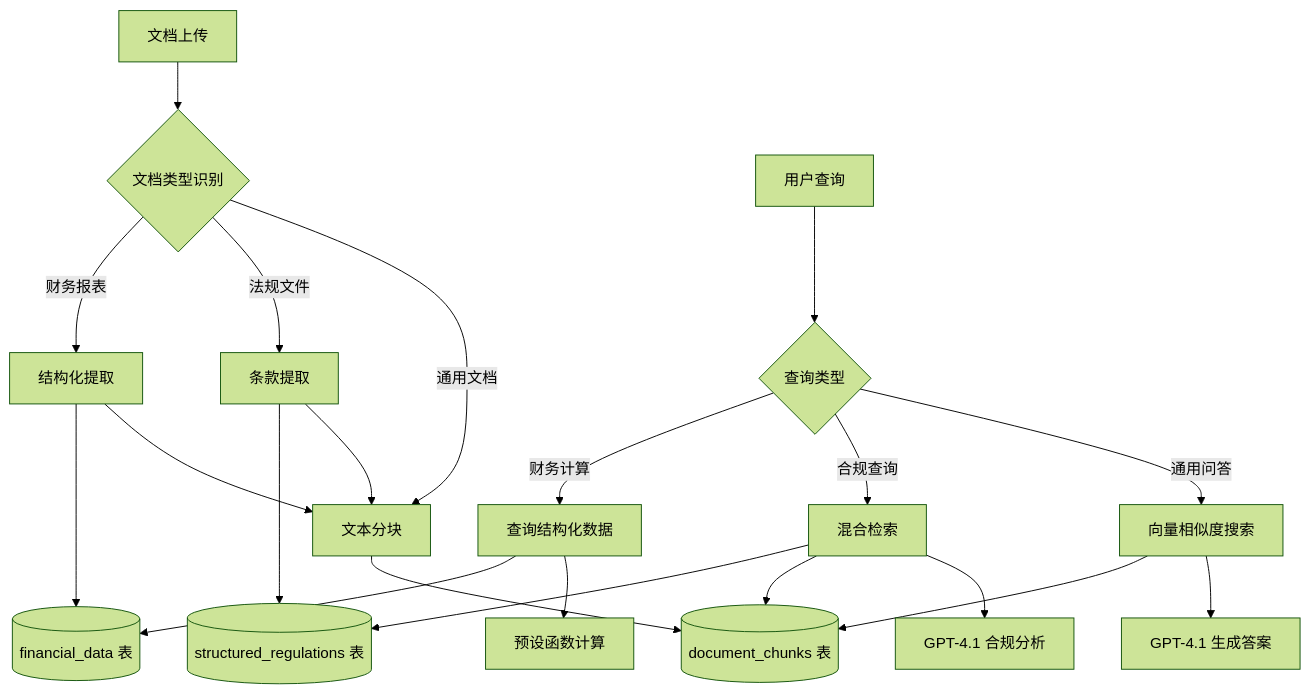
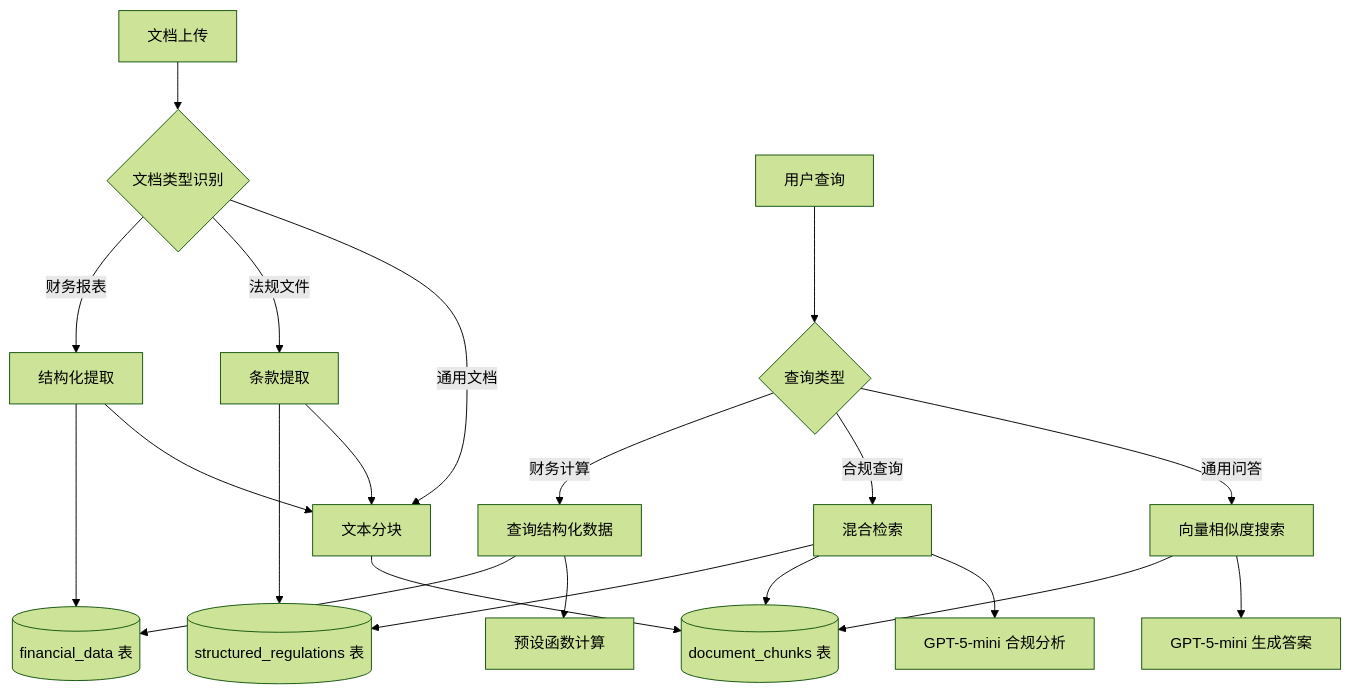
One commit to antelacus/project-goodman changed the diagram in README.md. Above: the diagram before and after it, drawn with Mermaid (forest theme). The commit also changed other lines of this file and 62 other files, not shown here.

````diff
--- a/README.md
+++ b/README.md
@@ -104,28 +118,28 @@
 ```mermaid
 graph TB
   A[文档上传] --> B{文档类型识别}
   B -->|财务报表| C[结构化提取]
   B -->|法规文件| D[条款提取]
   B -->|通用文档| E[文本分块]
 
   C --> F[(financial_data 表)]
   D --> G[(structured_regulations 表)]
   E --> H[(document_chunks 表)]
 
   C --> E
   D --> E
 
   I[用户查询] --> J{查询类型}
   J -->|财务计算| K[查询结构化数据]
   J -->|合规查询| L[混合检索]
   J -->|通用问答| M[向量相似度搜索]
 
   K --> F
   L --> G
   L --> H
   M --> H
 
   K --> N[预设函数计算]
-  L --> O[GPT-4.1 合规分析]
-  M --> P[GPT-4.1 生成答案]
+  L --> O[GPT-5-mini 合规分析]
+  M --> P[GPT-5-mini 生成答案]
 ```
````
